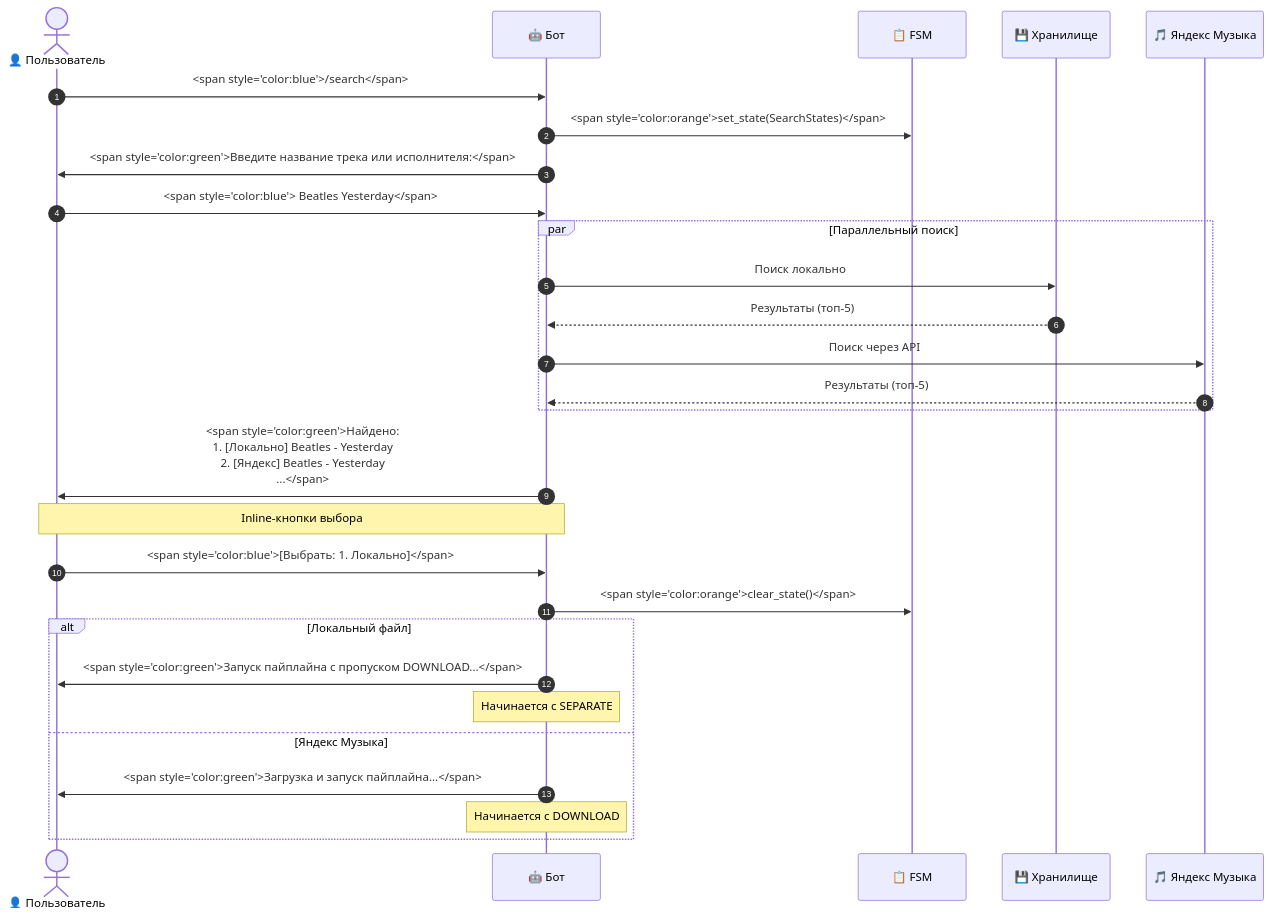
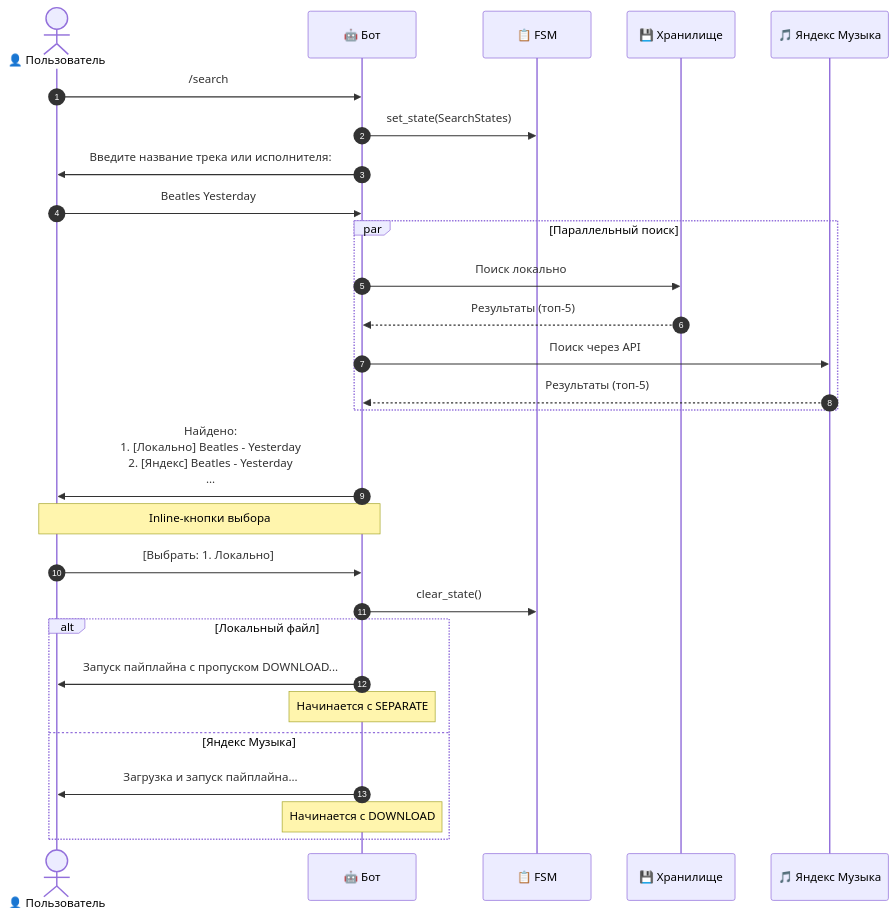
Before and after one commit to rabdalov/agent-test: the second of 6 diagrams in docs/architecture/message-flow.md, drawn with Mermaid. The commit also changed other lines of this file, not shown here.

````diff
--- a/docs/architecture/message-flow.md
+++ b/docs/architecture/message-flow.md
@@ -70,36 +62,36 @@
 ```mermaid
 sequenceDiagram
     autonumber
     actor U as 👤 Пользователь
     participant B as 🤖 Бот
     participant FSM as 📋 FSM
     participant Store as 💾 Хранилище
     participant YM as 🎵 Яндекс Музыка
 
-    U->>B: <span style="color:blue">/search</span>
-    B->>FSM: <span style="color:orange">set_state(SearchStates)</span>
-    B->>U: <span style="color:green">Введите название трека или исполнителя:</span>
+    U->>B: /search
+    B->>FSM: set_state(SearchStates)
+    B->>U: Введите название трека или исполнителя:
 
-    U->>B: <span style="color:blue"> Beatles Yesterday</span>
+    U->>B: Beatles Yesterday
     
     par Параллельный поиск
         B->>Store: Поиск локально
         Store-->>B: Результаты (топ-5)
         B->>YM: Поиск через API
         YM-->>B: Результаты (топ-5)
     end
 
-    B->>U: <span style="color:green">Найдено:<br/>1. [Локально] Beatles - Yesterday<br/>2. [Яндекс] Beatles - Yesterday<br/>...</span>
+    B->>U: Найдено:<br/>1. [Локально] Beatles - Yesterday<br/>2. [Яндекс] Beatles - Yesterday<br/>...
     Note over B,U: Inline-кнопки выбора
 
-    U->>B: <span style="color:blue">[Выбрать: 1. Локально]</span>
-    B->>FSM: <span style="color:orange">clear_state()</span>
+    U->>B: [Выбрать: 1. Локально]
+    B->>FSM: clear_state()
     
     alt Локальный файл
-        B->>U: <span style="color:green">Запуск пайплайна с пропуском DOWNLOAD...</span>
+        B->>U: Запуск пайплайна с пропуском DOWNLOAD...
         Note over B: Начинается с SEPARATE
     else Яндекс Музыка
-        B->>U: <span style="color:green">Загрузка и запуск пайплайна...</span>
+        B->>U: Загрузка и запуск пайплайна...
         Note over B: Начинается с DOWNLOAD
     end
 ```
````
